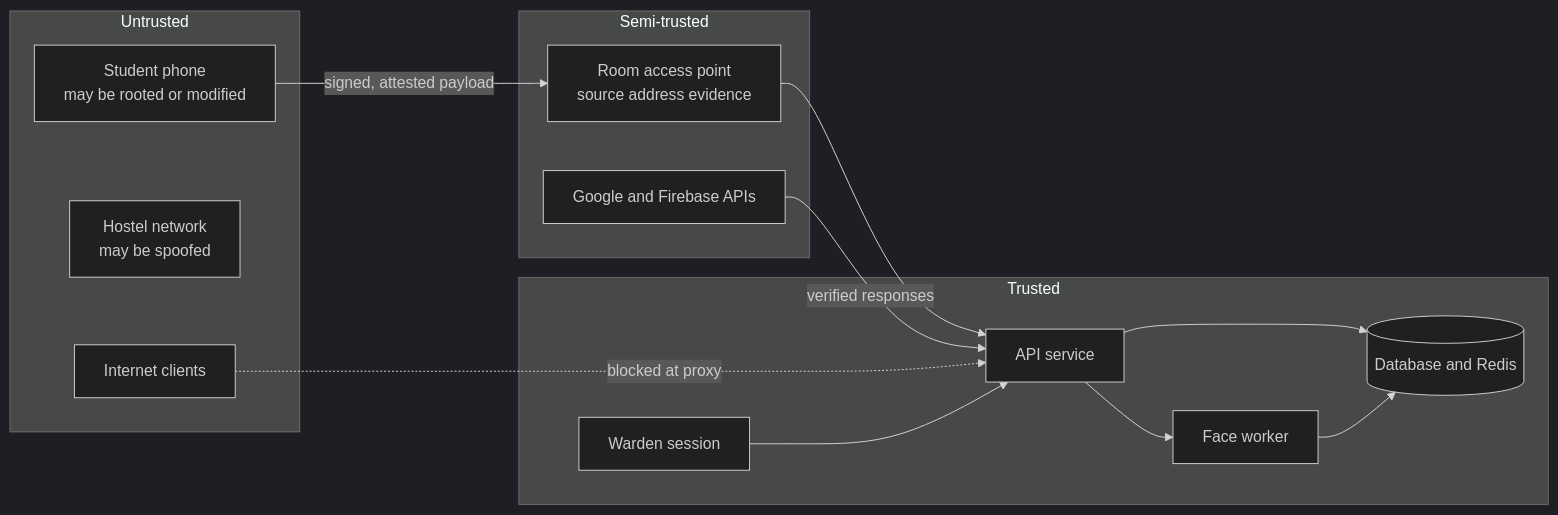
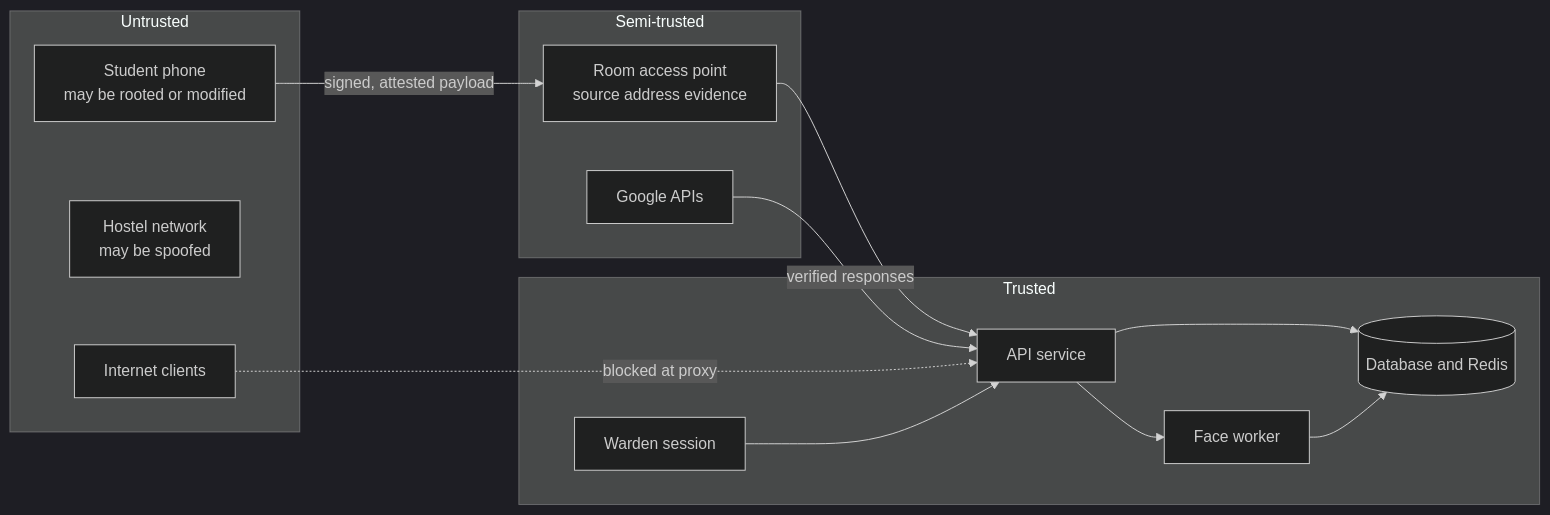
One commit to Rahul-8283/NightRoll changed the ninth of 10 diagrams in docs/architecture.md. Above: the diagram before and after it, drawn with Mermaid (dark theme). The commit also changed other lines of this file and 14 other files, not shown here.

````diff
--- a/docs/architecture.md
+++ b/docs/architecture.md
@@ -368,29 +359,29 @@
 ```mermaid
 flowchart LR
     subgraph T0["Untrusted"]
         Phone["Student phone<br/>may be rooted or modified"]
         Net["Hostel network<br/>may be spoofed"]
         Outside["Internet clients"]
     end
 
     subgraph T1["Semi-trusted"]
         AP["Room access point<br/>source address evidence"]
-        Ext["Google and Firebase APIs"]
+        Ext["Google APIs"]
     end
 
     subgraph T2["Trusted"]
         API["API service"]
         FaceW["Face worker"]
         Data[("Database and Redis")]
         Dash["Warden session"]
     end
 
     Phone -- "signed, attested payload" --> AP
     AP --> API
     Ext -- "verified responses" --> API
     Outside -. "blocked at proxy" .-> API
     API --> FaceW
     API --> Data
     FaceW --> Data
     Dash --> API
 ```
````
